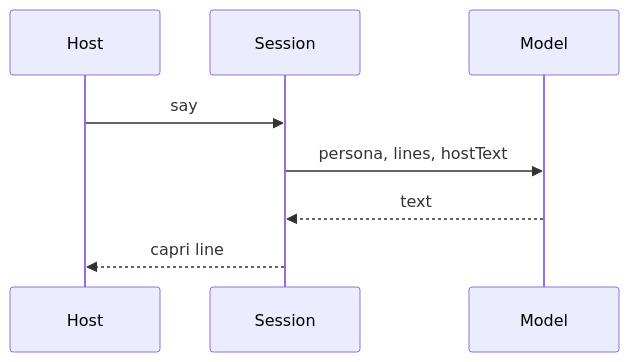
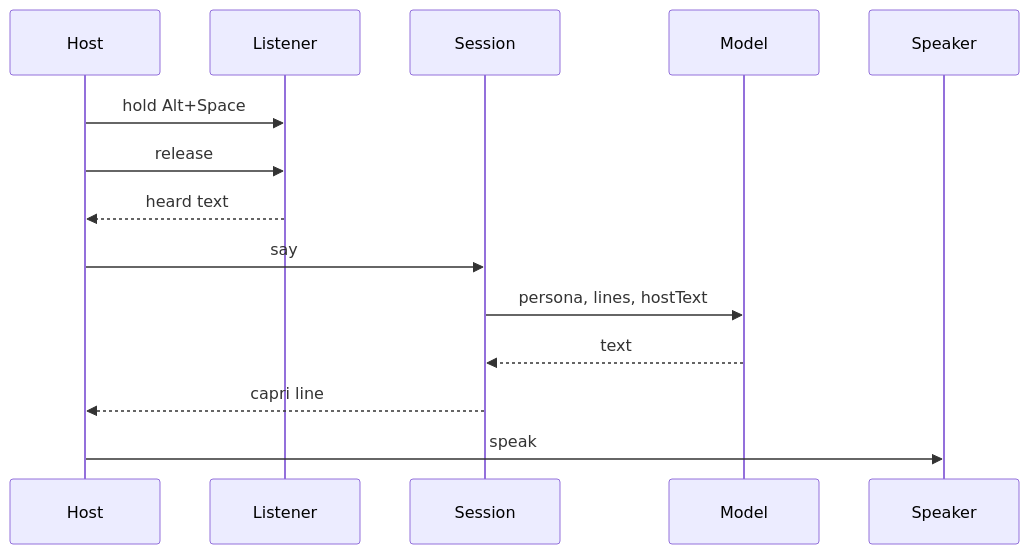
One commit to ItsYuma/Caprice changed the second of 2 diagrams in docs/architecture.md. Above: the diagram before and after it, drawn with Mermaid. The commit also changed other lines of this file and 15 other files, not shown here.

First line of the commit message:
Hold Alt+Space, then speak the reply

````diff
--- a/docs/architecture.md
+++ b/docs/architecture.md
@@ -33,10 +34,16 @@
 ```mermaid
 sequenceDiagram
   participant Host
+  participant Listener
   participant Session
   participant Model
+  participant Speaker
+  Host->>Listener: hold Alt+Space
+  Host->>Listener: release
+  Listener-->>Host: heard text
   Host->>Session: say
   Session->>Model: persona, lines, hostText
   Model-->>Session: text
   Session-->>Host: capri line
+  Host->>Speaker: speak
 ```
````
